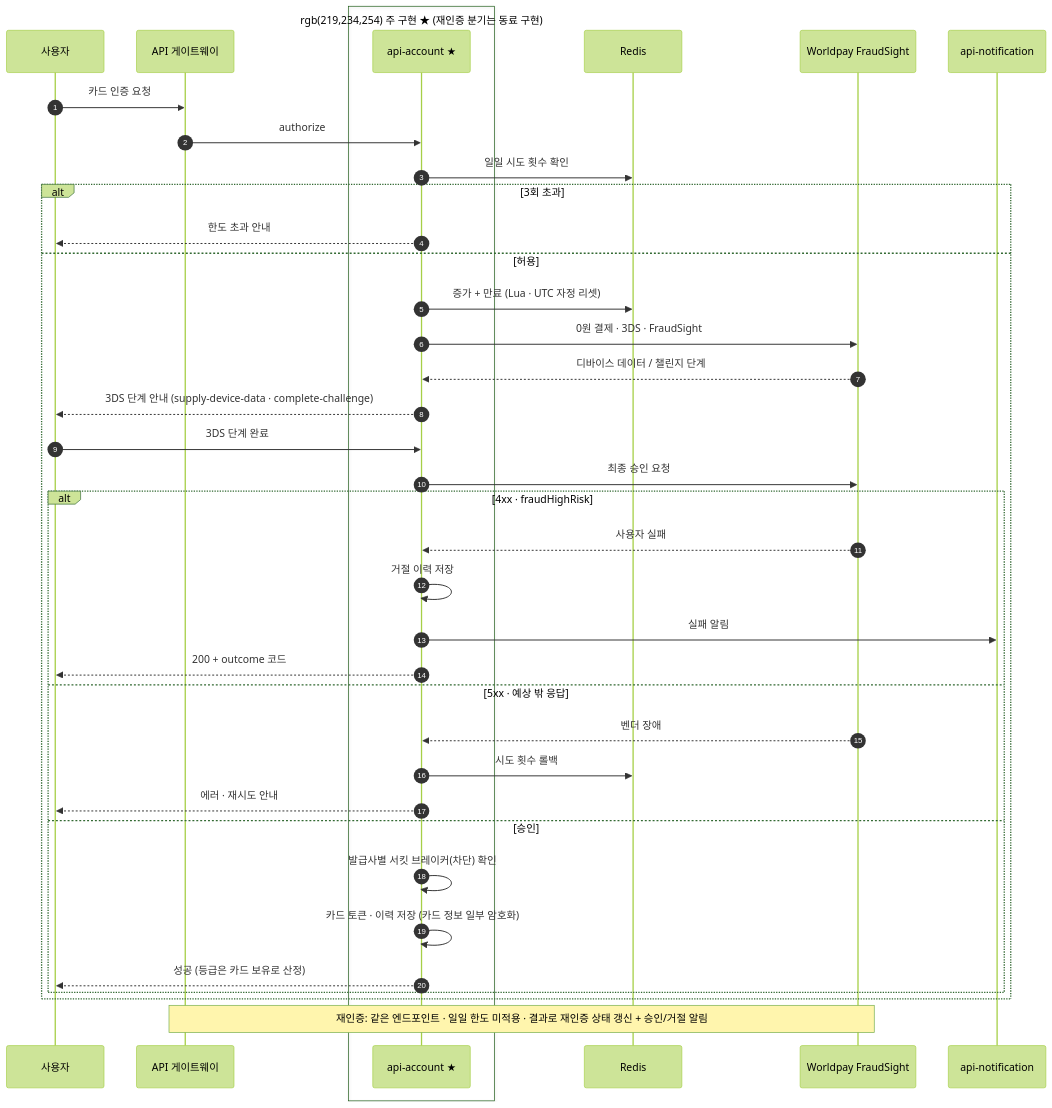
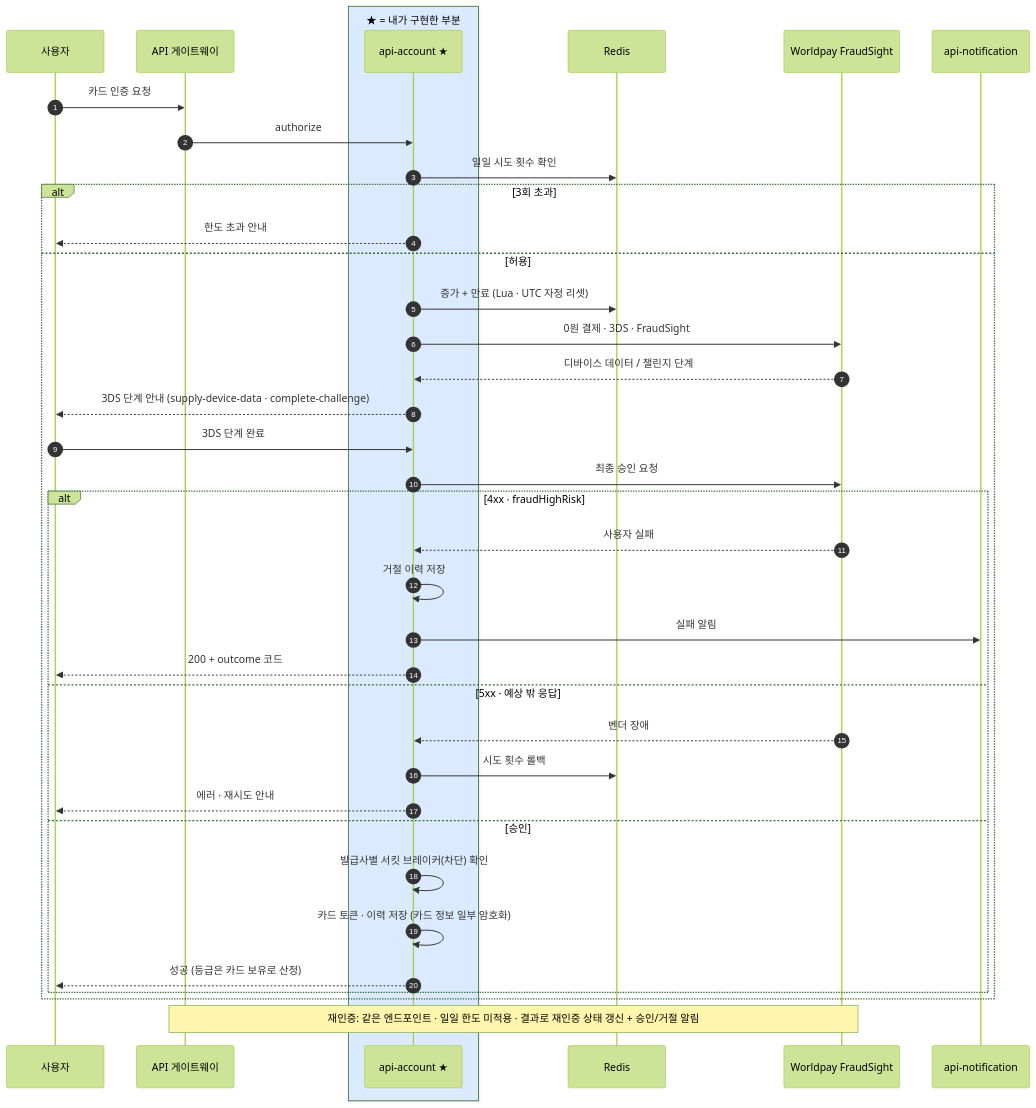
Before and after one commit to shalwxy/career: the diagram in content/diagrams/creditcard.mmd, drawn with Mermaid (forest theme). The commit also changed 15 other files, not shown here.

```diff
--- a/content/diagrams/creditcard.mmd
+++ b/content/diagrams/creditcard.mmd
@@ -1,40 +1,40 @@
 %% title: 신용카드 인증 · 재인증 — Worldpay 3DS
 %% title_en: Card verification · re-verification — Worldpay 3DS
 sequenceDiagram
     autonumber
     participant U as 사용자
     participant GW as API 게이트웨이
-    box rgb(219,234,254) 주 구현 ★ (재인증 분기는 동료 구현)
+    box rgb(219,234,254) ★ = 내가 구현한 부분
     participant A as api-account ★
     end
     participant R as Redis
     participant W as Worldpay FraudSight
     participant N as api-notification
     U->>GW: 카드 인증 요청
     GW->>A: authorize
     A->>R: 일일 시도 횟수 확인
     alt 3회 초과
         A-->>U: 한도 초과 안내
     else 허용
         A->>R: 증가 + 만료 (Lua · UTC 자정 리셋)
         A->>W: 0원 결제 · 3DS · FraudSight
         W-->>A: 디바이스 데이터 / 챌린지 단계
         A-->>U: 3DS 단계 안내 (supply-device-data · complete-challenge)
         U->>A: 3DS 단계 완료
         A->>W: 최종 승인 요청
         alt 4xx · fraudHighRisk
             W-->>A: 사용자 실패
             A->>A: 거절 이력 저장
             A->>N: 실패 알림
             A-->>U: 200 + outcome 코드
         else 5xx · 예상 밖 응답
             W-->>A: 벤더 장애
             A->>R: 시도 횟수 롤백
             A-->>U: 에러 · 재시도 안내
         else 승인
             A->>A: 발급사별 서킷 브레이커(차단) 확인
             A->>A: 카드 토큰 · 이력 저장 (카드 정보 일부 암호화)
             A-->>U: 성공 (등급은 카드 보유로 산정)
         end
     end
     note over GW,W: 재인증: 같은 엔드포인트 · 일일 한도 미적용 · 결과로 재인증 상태 갱신 + 승인/거절 알림
```
